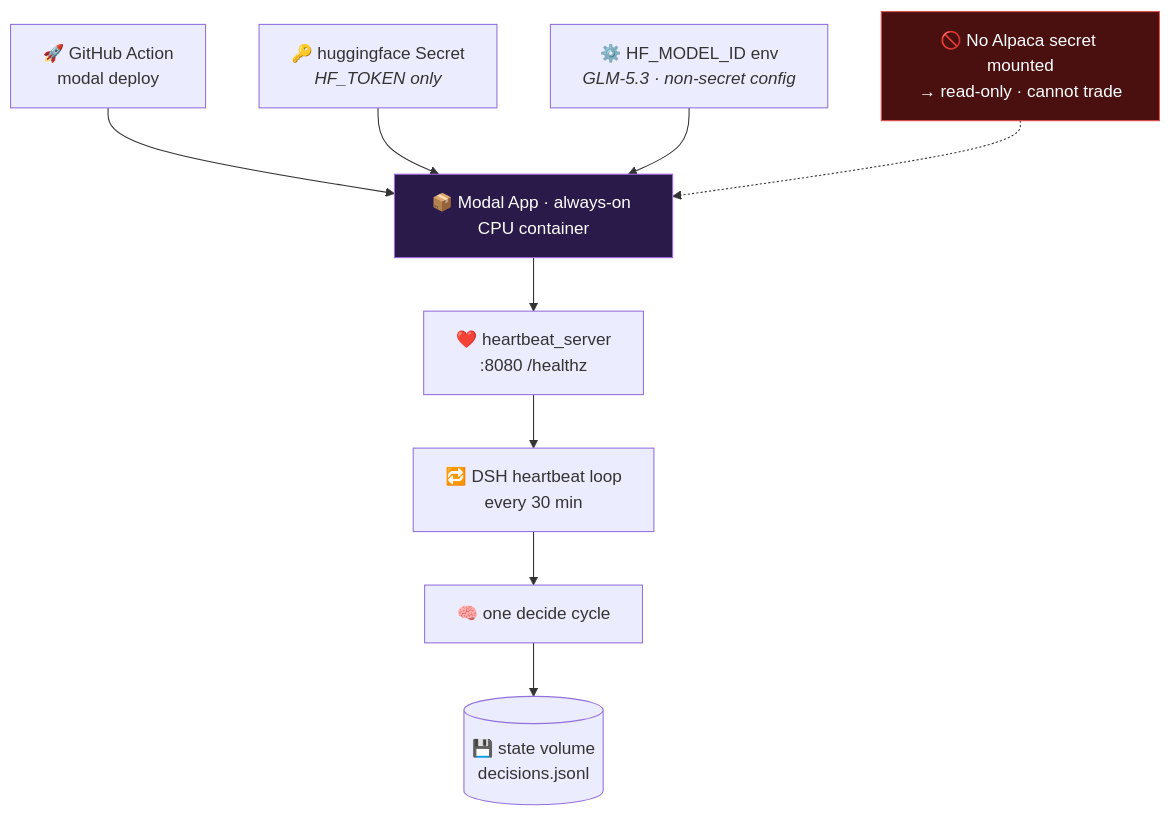
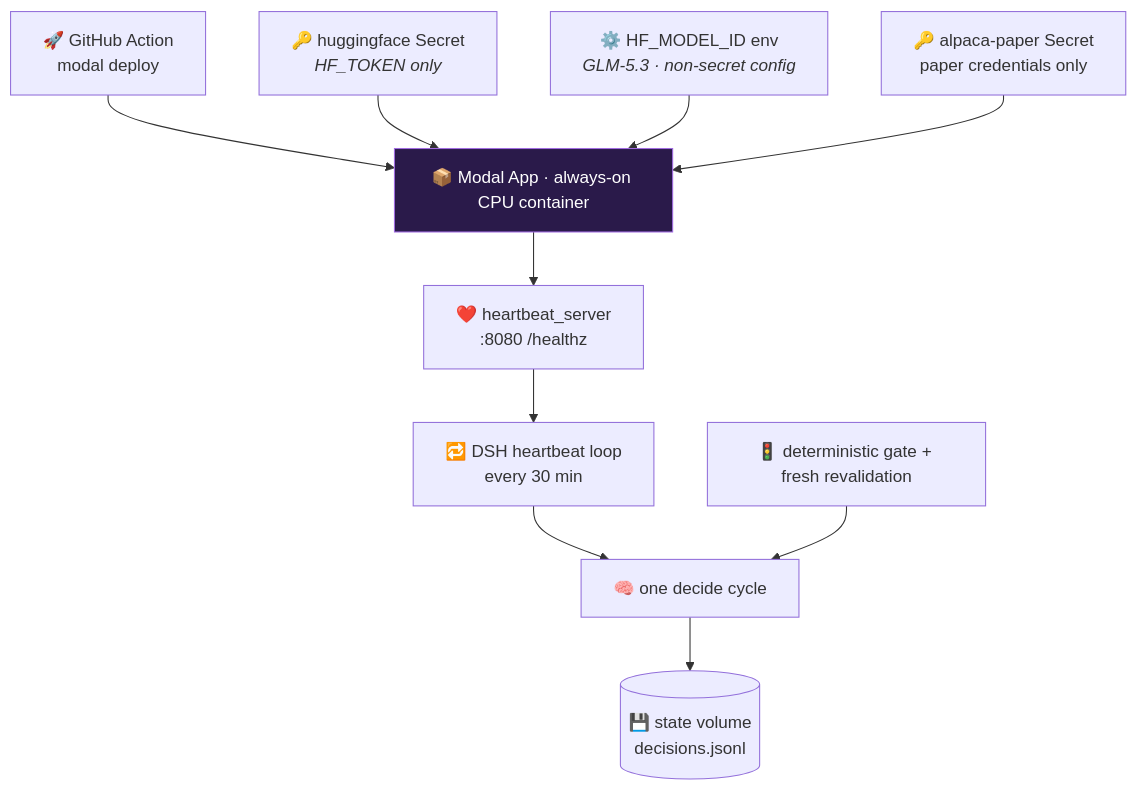
Before and after one commit to chiragshah2357/Alpaca-Trading-Hackathon-Final: diagram 12 of 13 in README.md, drawn with Mermaid. The commit also changed other lines of this file and 45 other files, not shown here.

````diff
--- a/README.md
+++ b/README.md
@@ -373,13 +388,13 @@
 ```mermaid
 flowchart TB
     GH["🚀 GitHub Action<br/>modal deploy"] --> APP
     SEC["🔑 huggingface Secret<br/><i>HF_TOKEN only</i>"] --> APP
     CFG["⚙️ HF_MODEL_ID env<br/><i>GLM-5.3 · non-secret config</i>"] --> APP
     APP["📦 Modal App · always-on CPU container"] --> HS["❤️ heartbeat_server<br/>:8080 /healthz"]
     HS --> LOOP["🔁 DSH heartbeat loop<br/>every 30 min"]
     LOOP --> DEC["🧠 one decide cycle"]
     DEC --> VOL[("💾 state volume<br/>decisions.jsonl")]
-    NO["🚫 No Alpaca secret mounted<br/>→ read-only · cannot trade"] -.-> APP
-    style NO fill:#4a1010,stroke:#e05252,color:#fff
+    SEC2["🔑 alpaca-paper Secret<br/>paper credentials only"] --> APP
+    G["🚦 deterministic gate + fresh revalidation"] --> DEC
     style APP fill:#2a1a4a,stroke:#a06be0,color:#fff
 ```
````
